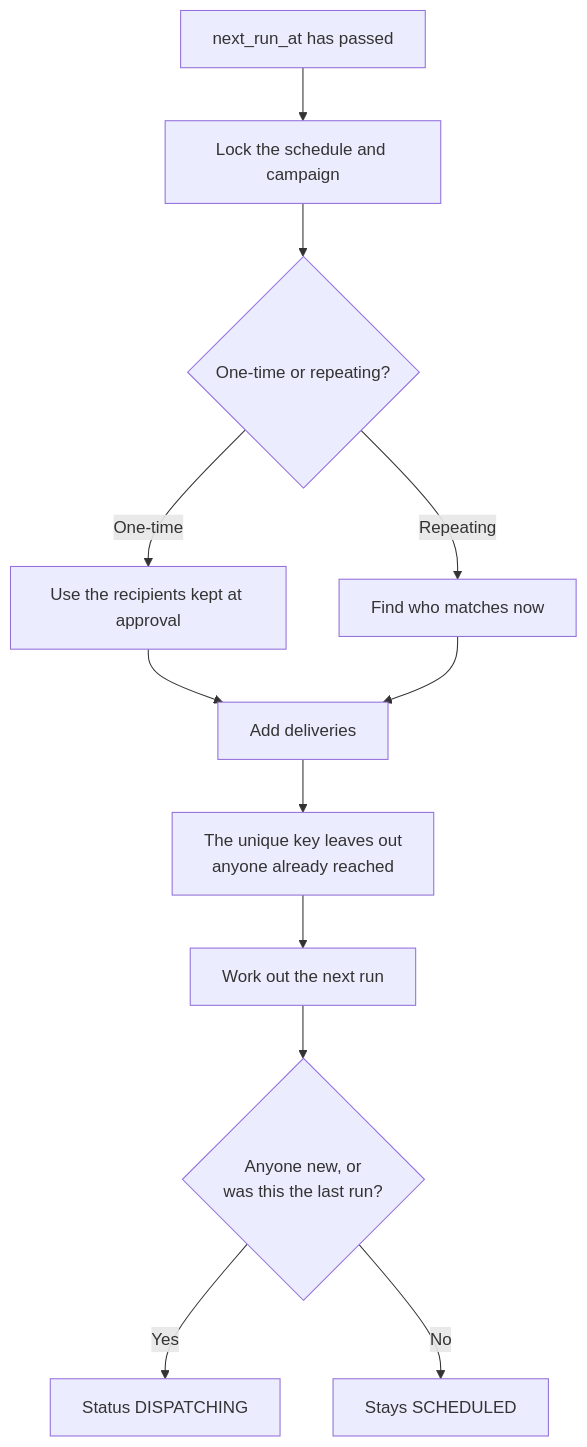
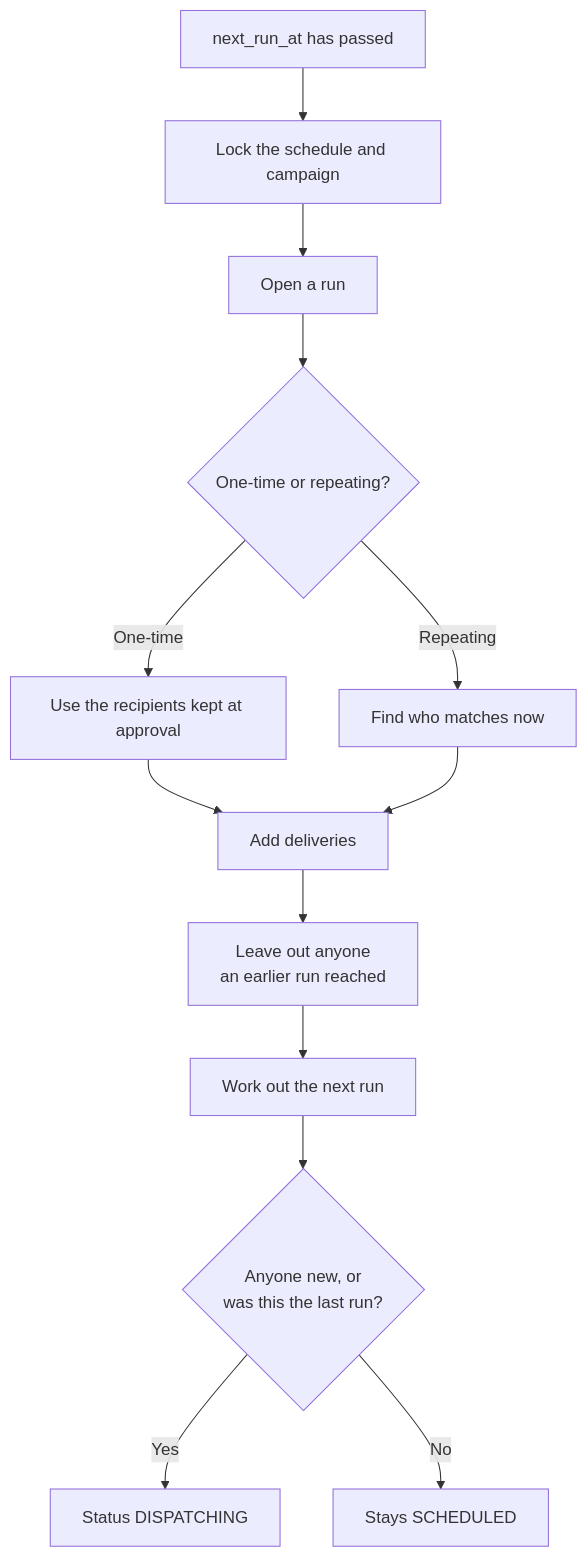
The ninth of 13 diagrams in docs/flows.md (negativexq/smart-campaign-composer), drawn with Mermaid before and after one commit. The commit also changed other lines of this file and 15 other files, not shown here.

````diff
--- a/docs/flows.md
+++ b/docs/flows.md
@@ -253,14 +253,15 @@
 ```mermaid
 flowchart TD
     due[next_run_at has passed] --> lock[Lock the schedule and campaign]
-    lock --> kind{One-time or repeating?}
+    lock --> run[Open a run]
+    run --> kind{One-time or repeating?}
     kind -->|One-time| kept[Use the recipients kept at approval]
     kind -->|Repeating| match[Find who matches now]
     kept --> insert[Add deliveries]
     match --> insert
-    insert --> unique[The unique key leaves out<br/>anyone already reached]
+    insert --> unique[Leave out anyone<br/>an earlier run reached]
     unique --> next[Work out the next run]
     next --> status{Anyone new, or<br/>was this the last run?}
     status -->|Yes| dispatching[Status DISPATCHING]
     status -->|No| stay[Stays SCHEDULED]
 ```
````
